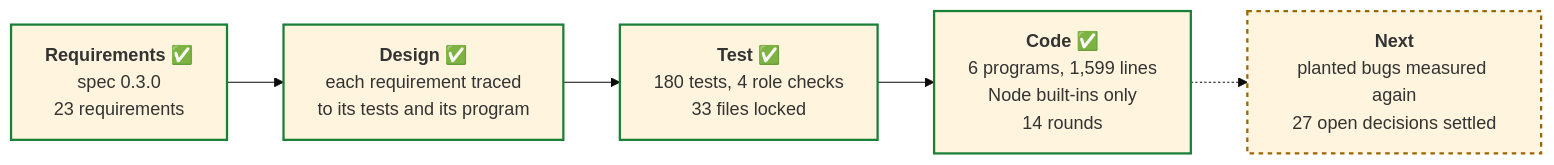
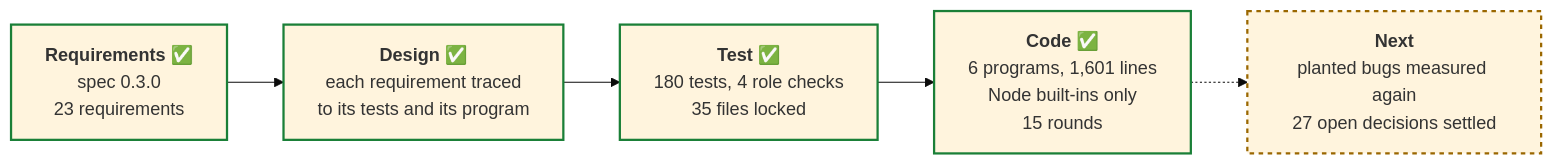
The third of 4 diagrams in README.md (PaulDuvall/adlc-security-reviewer), drawn with Mermaid (base theme) before and after one commit. The commit also changed other lines of this file and 14 other files, not shown here.

````diff
--- a/README.md
+++ b/README.md
@@ -249,13 +272,13 @@
 ```mermaid
 flowchart LR
   req["<b>Requirements</b> ✅<br/>spec 0.3.0<br/>23 requirements"]
   des["<b>Design</b> ✅<br/>each requirement traced<br/>to its tests and its program"]
-  tst["<b>Test</b> ✅<br/>180 tests, 4 role checks<br/>33 files locked"]
-  cod["<b>Code</b> ✅<br/>6 programs, 1,599 lines<br/>Node built-ins only<br/>14 rounds"]
+  tst["<b>Test</b> ✅<br/>180 tests, 4 role checks<br/>35 files locked"]
+  cod["<b>Code</b> ✅<br/>6 programs, 1,601 lines<br/>Node built-ins only<br/>15 rounds"]
   nxt["<b>Next</b><br/>planted bugs measured again<br/>27 open decisions settled"]
   req --> des --> tst --> cod -.-> nxt
   classDef done stroke:#1a7f37,stroke-width:2px
   classDef next stroke:#9a6700,stroke-width:2px,stroke-dasharray:4
   class req,des,tst,cod done
   class nxt next
 ```
````
